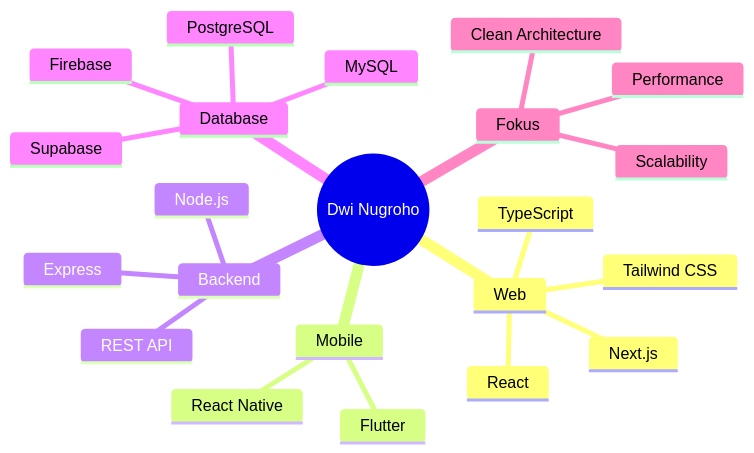
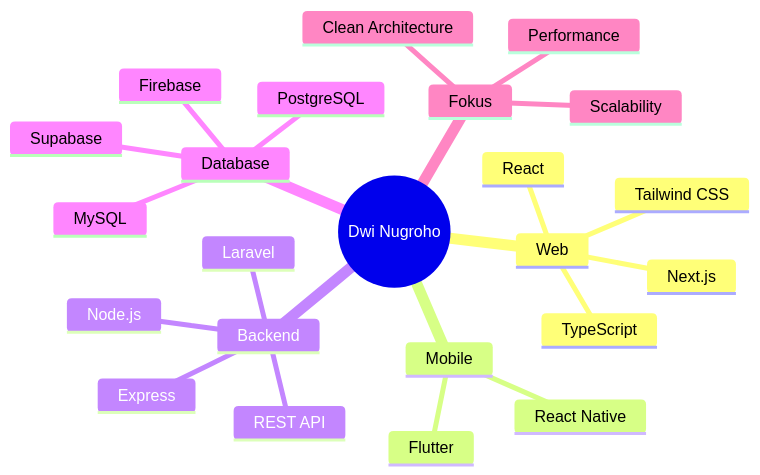
One commit to NugrohoDwi0612/NugrohoDwi0612 changed the diagram in README.md. Above: the diagram before and after it, drawn with Mermaid. The commit also changed other lines of this file, not shown here.

````diff
--- a/README.md
+++ b/README.md
@@ -128,25 +132,26 @@
 ```mermaid
 mindmap
   root((Dwi Nugroho))
     Web
       Next.js
       React
       Tailwind CSS
       TypeScript
     Mobile
       Flutter
       React Native
     Backend
       Node.js
       Express
+      Laravel
       REST API
     Database
       PostgreSQL
       MySQL
       Firebase
       Supabase
     Fokus
       Performance
       Scalability
       Clean Architecture
 ```
````
